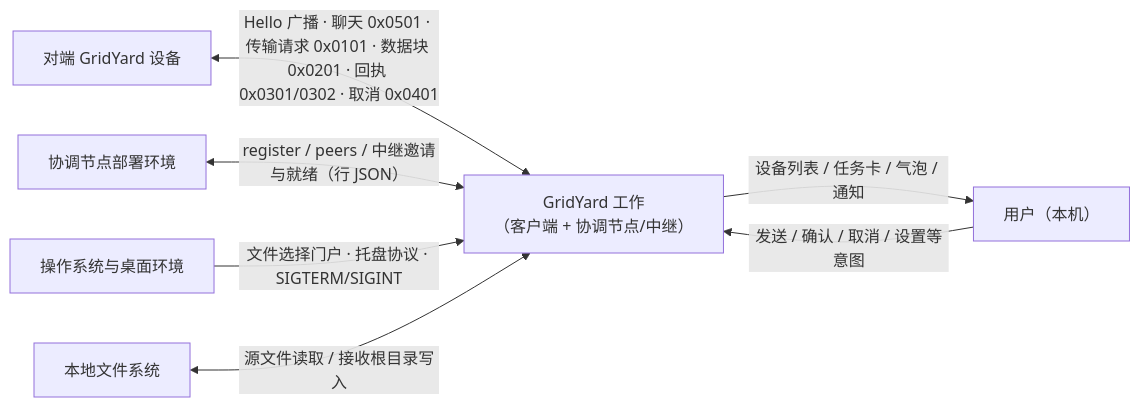
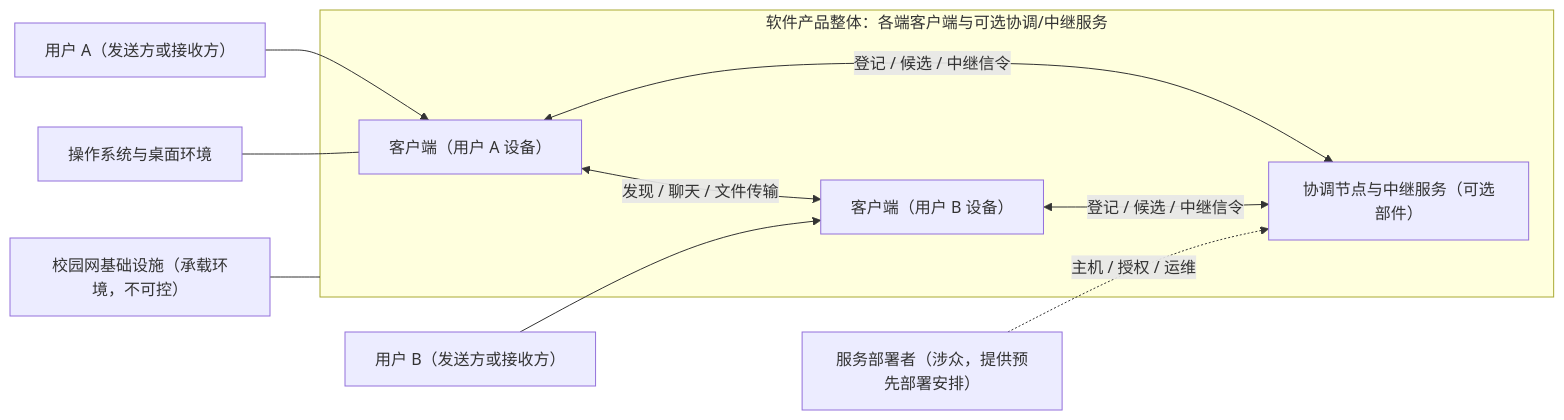
The second of 3 diagrams in doc/需求规格说明书.md (Gsheep0729/GridYard-Course), drawn with Mermaid before and after one commit. The commit also changed other lines of this file, not shown here.

````diff
--- a/doc/需求规格说明书.md
+++ b/doc/需求规格说明书.md
@@ -109,15 +316,18 @@
 ```mermaid
 flowchart LR
-    GW["GridYard 工作<br/>（客户端 + 协调节点/中继）"]
-    U["用户（本机）"]
-    P["对端 GridYard 设备"]
-    R["协调节点部署环境"]
-    O["操作系统与桌面环境"]
-    F["本地文件系统"]
-    U -->|"发送 / 确认 / 取消 / 设置等意图"| GW
-    GW -->|"设备列表 / 任务卡 / 气泡 / 通知"| U
-    P <-->|"Hello 广播 · 聊天 0x0501 · 传输请求 0x0101 · 数据块 0x0201 · 回执 0x0301/0302 · 取消 0x0401"| GW
-    R <-->|"register / peers / 中继邀请与就绪（行 JSON）"| GW
-    O -->|"文件选择门户 · 托盘协议 · SIGTERM/SIGINT"| GW
-    F <-->|"源文件读取 / 接收根目录写入"| GW
+    U1["用户 A（发送方或接收方）"]
+    U2["用户 B（发送方或接收方）"]
+    subgraph Product["软件产品整体：各端客户端与可选协调/中继服务"]
+        C1["客户端（用户 A 设备）"]
+        C2["客户端（用户 B 设备）"]
+        R["协调节点与中继服务（可选部件）"]
+        C1 <-->|"发现 / 聊天 / 文件传输"| C2
+        C1 <-->|"登记 / 候选 / 中继信令"| R
+        C2 <-->|"登记 / 候选 / 中继信令"| R
+    end
+    U1 --> C1
+    U2 --> C2
+    DP["服务部署者（涉众，提供预先部署安排）"] -.->|"主机 / 授权 / 运维"| R
+    NET["校园网基础设施（承载环境，不可控）"] --- Product
+    OS["操作系统与桌面环境"] --- C1
 ```
````
